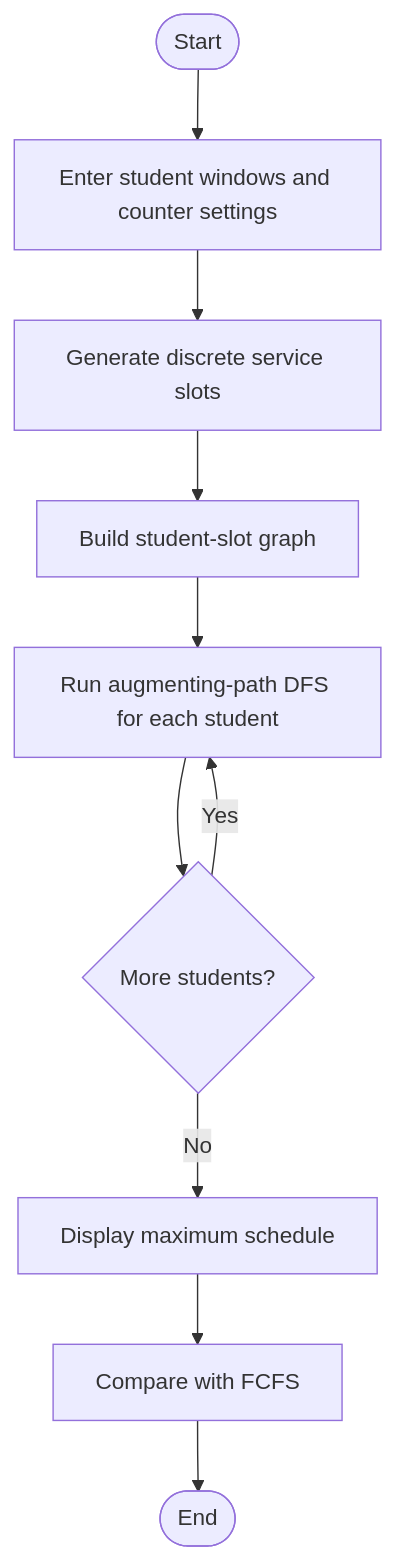
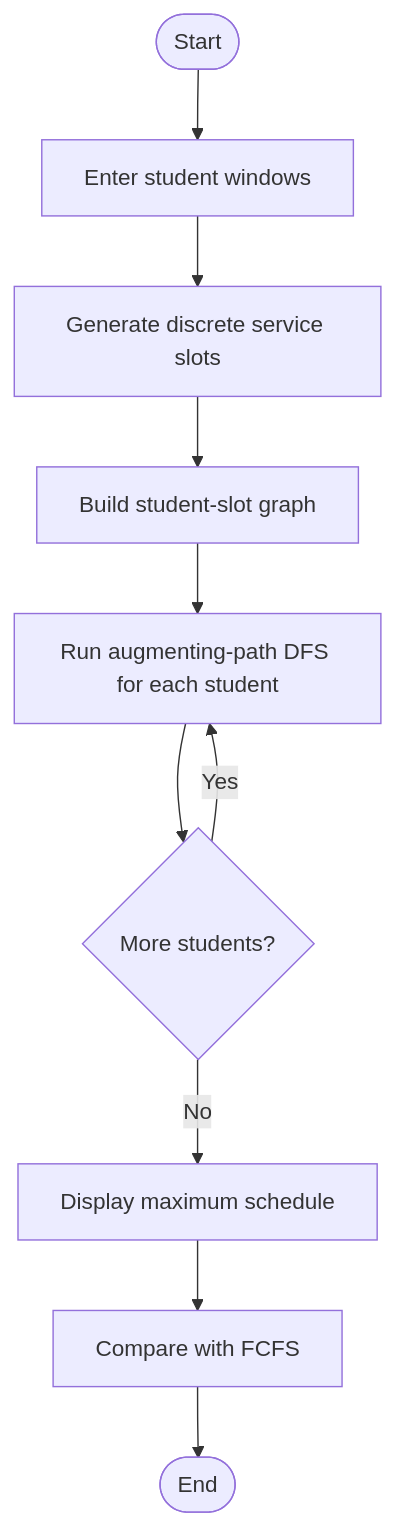
Before and after one commit to deepu-nik/MazeSolver: the diagram in MessMate/PROJECT-REPORT.md, drawn with Mermaid. The commit also changed other lines of this file, not shown here.

````diff
--- a/MessMate/PROJECT-REPORT.md
+++ b/MessMate/PROJECT-REPORT.md
@@ -41,12 +41,12 @@
 ```mermaid
 flowchart TD
- A([Start]) --> B[Enter student windows and counter settings]
+ A([Start]) --> B[Enter student windows]
  B --> C[Generate discrete service slots]
  C --> D[Build student-slot graph]
  D --> E[Run augmenting-path DFS for each student]
  E --> F{More students?}
  F -- Yes --> E
  F -- No --> G[Display maximum schedule]
  G --> H[Compare with FCFS]
  H --> I([End])
 ```
````
